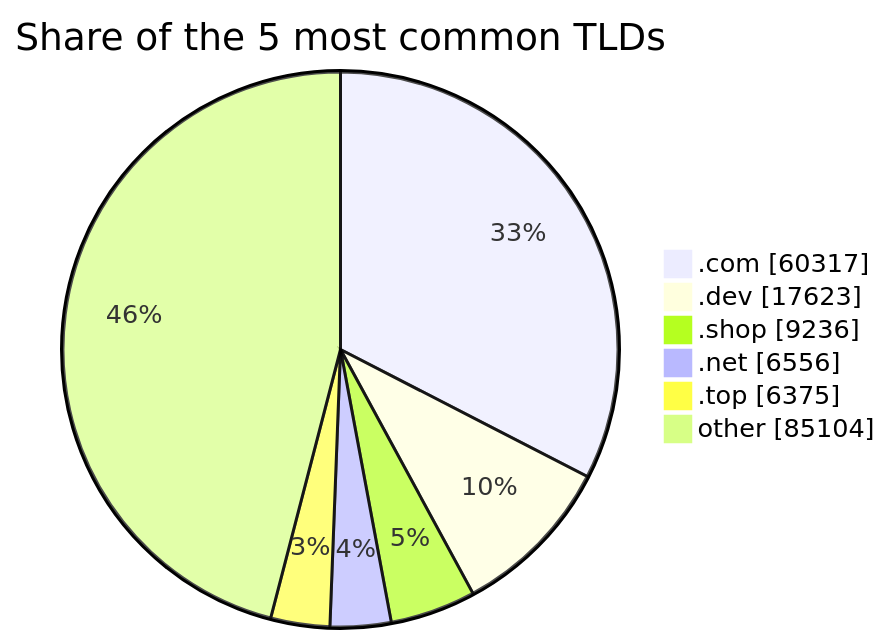
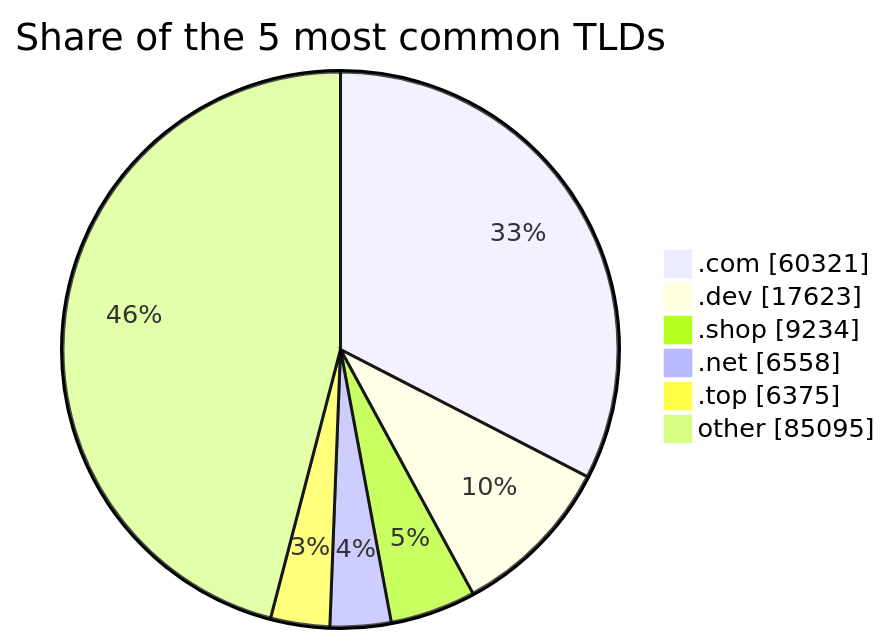
The third of 3 diagrams in README.md (DNSBunker/CTI), drawn with Mermaid before and after one commit. The commit also changed other lines of this file and 3 other files, not shown here.

````diff
--- a/README.md
+++ b/README.md
@@ -81,9 +81,9 @@
 ```mermaid
 pie showData title Share of the 5 most common TLDs
-    ".com" : 60317
+    ".com" : 60321
     ".dev" : 17623
-    ".shop" : 9236
-    ".net" : 6556
+    ".shop" : 9234
+    ".net" : 6558
     ".top" : 6375
-    "other" : 85104
+    "other" : 85095
 ```
````
